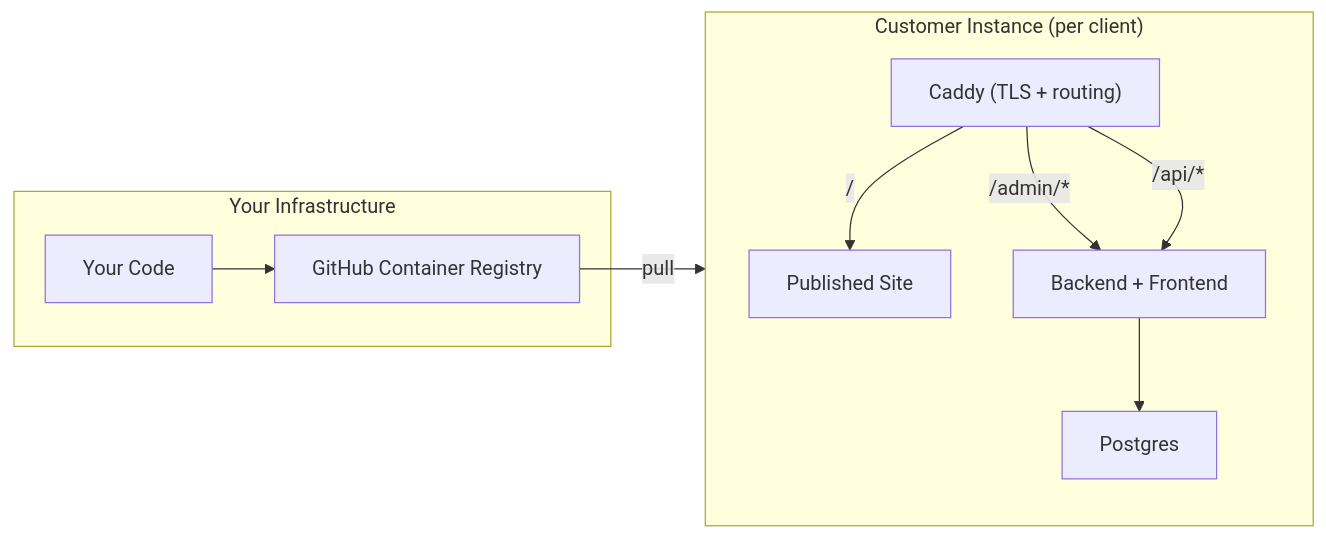
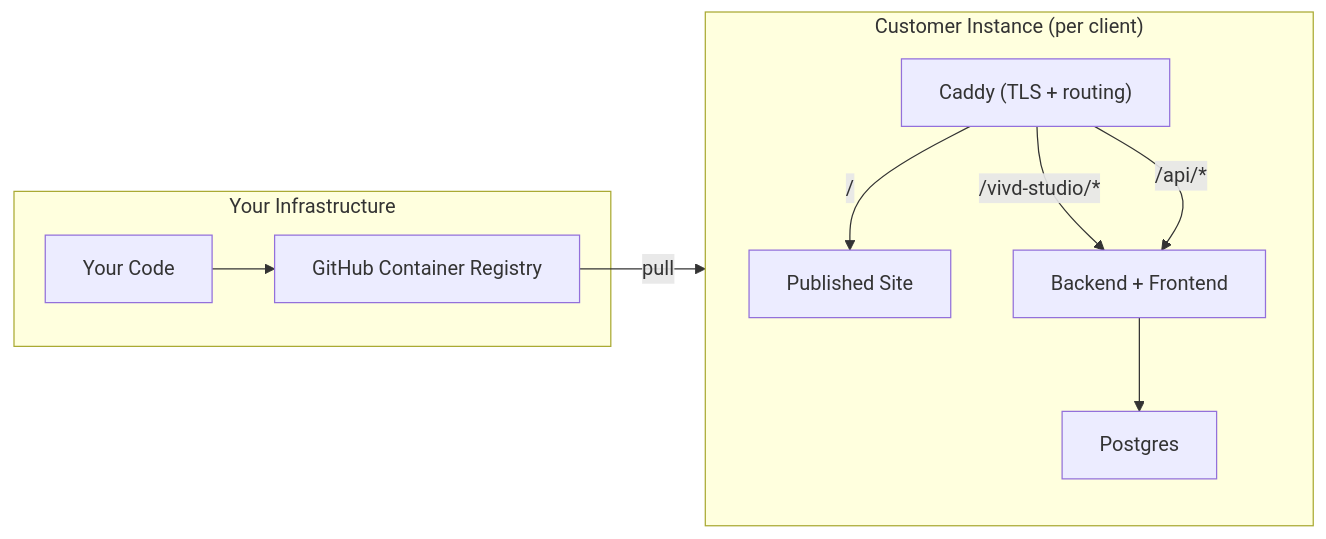
Before and after one commit to vivd-studio/vivd: the diagram in implementation.md, drawn with Mermaid. The commit also changed other lines of this file and 18 other files, not shown here.

Commit message:
feat: Refactor project storage from `generated/` to `projects/`, introduce `/vivd-studio` base path for frontend routes, and add `ProjectWizard` component.

````diff
--- a/implementation.md
+++ b/implementation.md
@@ -9,19 +9,19 @@
 ```mermaid
 flowchart LR
     subgraph Customer["Customer Instance (per client)"]
         Caddy["Caddy (TLS + routing)"]
         App["Backend + Frontend"]
         DB["Postgres"]
 
         Caddy -->|"/"| Sites["Published Site"]
-        Caddy -->|"/admin/*"| App
+        Caddy -->|"/vivd-studio/*"| App
         Caddy -->|"/api/*"| App
         App --> DB
     end
 
     subgraph You["Your Infrastructure"]
         Dev["Your Code"] --> GHCR["GitHub Container Registry"]
     end
 
     GHCR -->|"pull"| Customer
 ```
````
